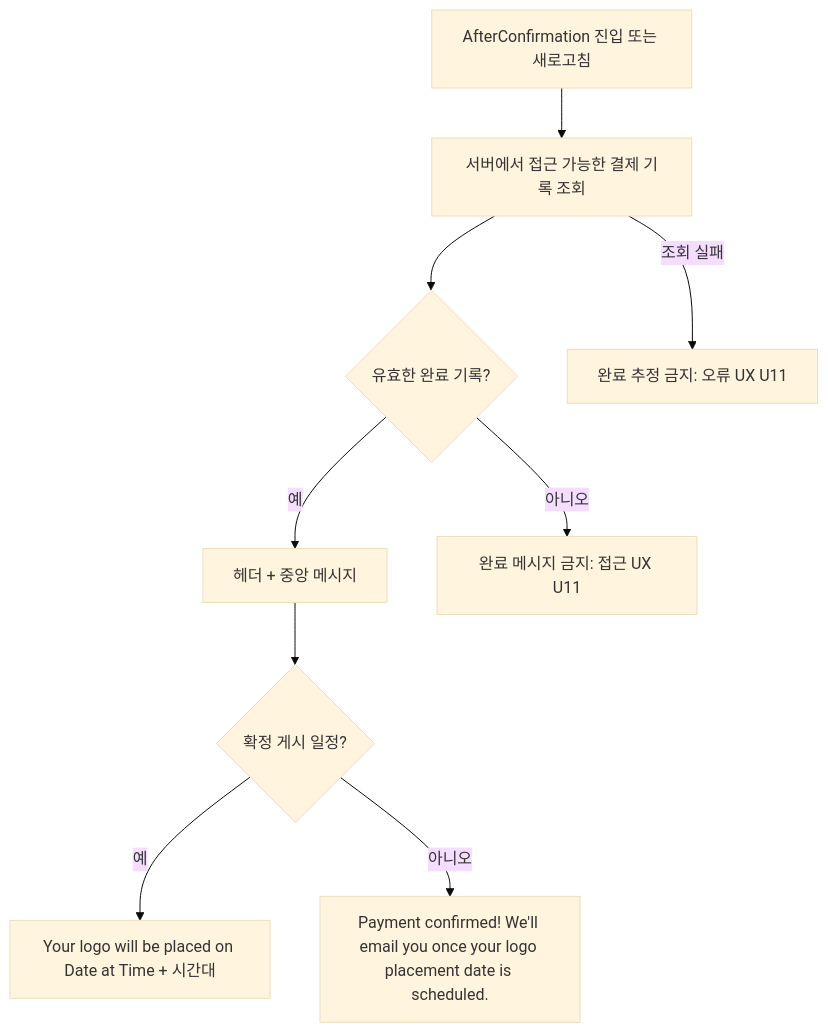
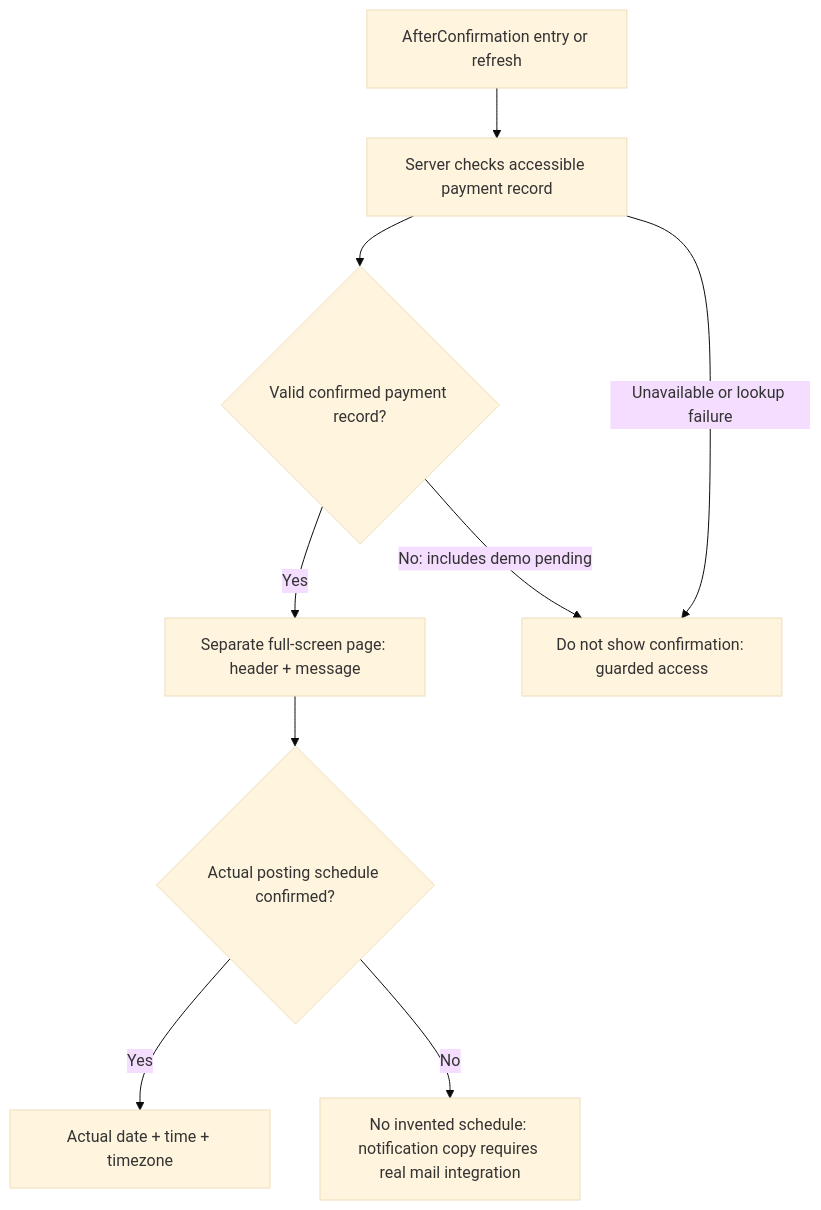
The second of 3 diagrams in FLOW.md (nabin3130/real-homies-club-website), drawn with Mermaid (base theme) before and after one commit. The commit also changed other lines of this file and 7 other files, not shown here.

Commit message:
Finalize Place Your Logo Phase 1 demo UI and specifications

````diff
--- a/FLOW.md
+++ b/FLOW.md
@@ -64,11 +71,11 @@
 ```mermaid
 flowchart TD
-  I[AfterConfirmation 진입 또는 새로고침] --> R[서버에서 접근 가능한 결제 기록 조회]
-  R --> K{유효한 완료 기록?}
-  K -->|예| A[헤더 + 중앙 메시지]
-  K -->|아니오| X[완료 메시지 금지: 접근 UX U11]
-  R -->|조회 실패| E[완료 추정 금지: 오류 UX U11]
-  A --> D{확정 게시 일정?}
-  D -->|예| Y[Your logo will be placed on Date at Time + 시간대]
-  D -->|아니오| N[Payment confirmed! We'll email you once your logo placement date is scheduled.]
+  I[AfterConfirmation entry or refresh] --> R[Server checks accessible payment record]
+  R --> K{Valid confirmed payment record?}
+  K -->|Yes| A[Separate full-screen page: header + message]
+  K -->|No: includes demo pending| X[Do not show confirmation: guarded access]
+  R -->|Unavailable or lookup failure| X
+  A --> D{Actual posting schedule confirmed?}
+  D -->|Yes| T[Actual date + time + timezone]
+  D -->|No| N[No invented schedule: notification copy requires real mail integration]
 ```
````
